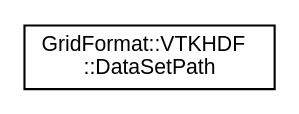
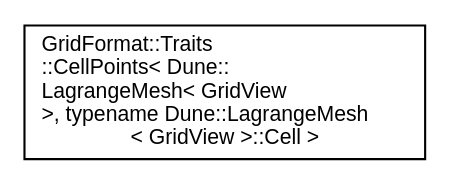
The diagram in inherit_graph_41.dot (dglaeser/gridformat), drawn with Graphviz before and after one commit. The commit also changed 484 other files, not shown here.

```diff
--- a/inherit_graph_41.dot
+++ b/inherit_graph_41.dot
@@ -1,8 +1,8 @@
 digraph "Graphical Class Hierarchy"
 {
  // LATEX_PDF_SIZE
   edge [fontname="Helvetica",fontsize="10",labelfontname="Helvetica",labelfontsize="10"];
   node [fontname="Helvetica",fontsize="10",shape=record];
   rankdir="LR";
-  Node0 [label="GridFormat::VTKHDF\l::DataSetPath",height=0.2,width=0.4,color="black", fillcolor="white", style="filled",URL="$structGridFormat_1_1VTKHDF_1_1DataSetPath.html",tooltip=" "];
+  Node0 [label="GridFormat::Traits\l::CellPoints\< Dune::\lLagrangeMesh\< GridView\l \>, typename Dune::LagrangeMesh\l\< GridView \>::Cell \>",height=0.2,width=0.4,color="black", fillcolor="white", style="filled",URL="$structGridFormat_1_1Traits_1_1CellPoints_3_01Dune_1_1LagrangeMesh_3_01GridView_01_4_00_01typename22ae572927fdde0eb2d0c89da69664a.html",tooltip=" "];
 }
```
